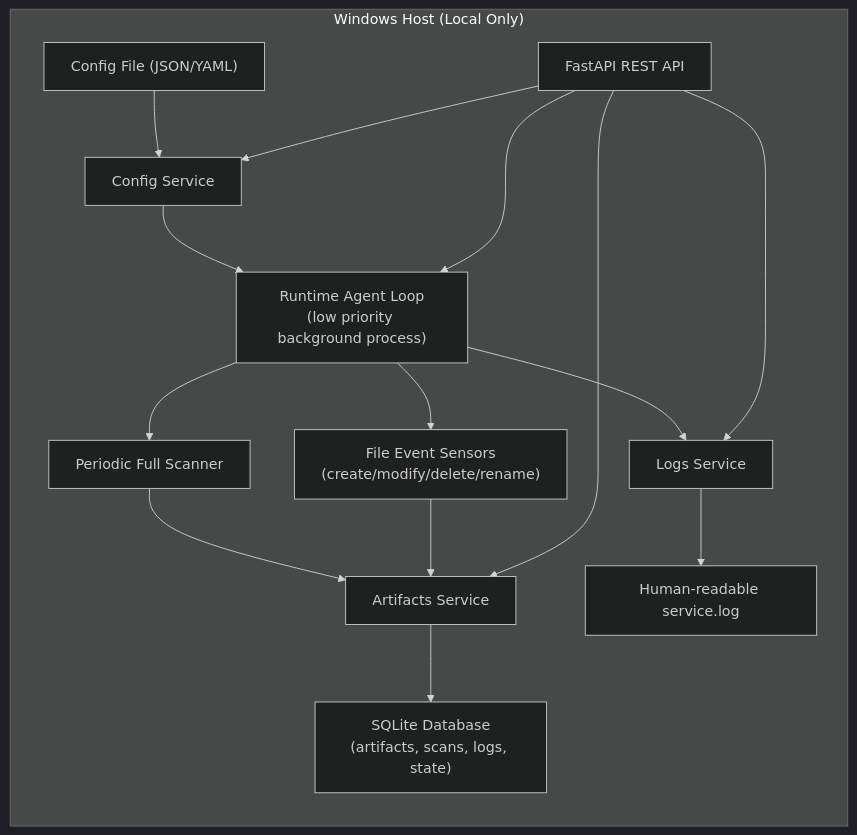
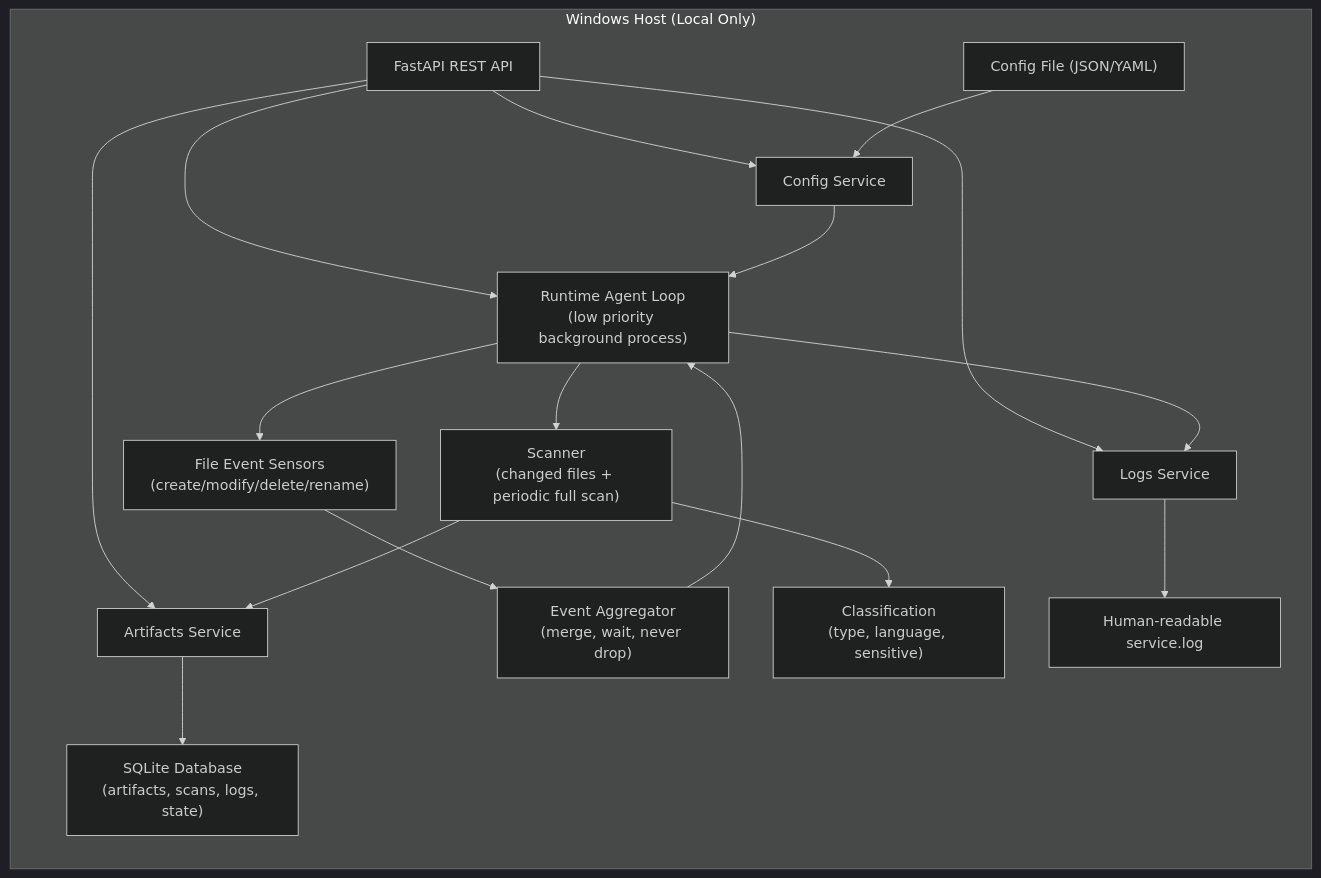
The diagram in README.md (ym-liu/code-steward-agent), drawn with Mermaid (dark theme) before and after one commit. The commit also changed other lines of this file and 235 other files, not shown here.

````diff
--- a/README.md
+++ b/README.md
@@ -216,29 +276,33 @@
 ```mermaid
 flowchart LR
     subgraph UserMachine["Windows Host (Local Only)"]
         API["FastAPI REST API"]
         AgentLoop["Runtime Agent Loop\n(low priority background process)"]
         EventSensors["File Event Sensors\n(create/modify/delete/rename)"]
-        PeriodicScan["Periodic Full Scanner"]
+        EventAgg["Event Aggregator\n(merge, wait, never drop)"]
+        Scanner["Scanner\n(changed files + periodic full scan)"]
+        Classifier["Classification\n(type, language, sensitive)"]
         ArtifactSvc["Artifacts Service"]
         LogSvc["Logs Service"]
         LogFile["Human-readable service.log"]
         ConfigSvc["Config Service"]
         Store["SQLite Database\n(artifacts, scans, logs, state)"]
         ConfigFile["Config File (JSON/YAML)"]
     end
 
     API --> ArtifactSvc
     API --> LogSvc
     API --> ConfigSvc
     API --> AgentLoop
     ConfigFile --> ConfigSvc
     ConfigSvc --> AgentLoop
     AgentLoop --> EventSensors
-    AgentLoop --> PeriodicScan
-    EventSensors --> ArtifactSvc
-    PeriodicScan --> ArtifactSvc
+    EventSensors --> EventAgg
+    EventAgg --> AgentLoop
+    AgentLoop --> Scanner
+    Scanner --> Classifier
+    Scanner --> ArtifactSvc
     ArtifactSvc --> Store
     LogSvc --> LogFile
     AgentLoop --> LogSvc
 ```
````
